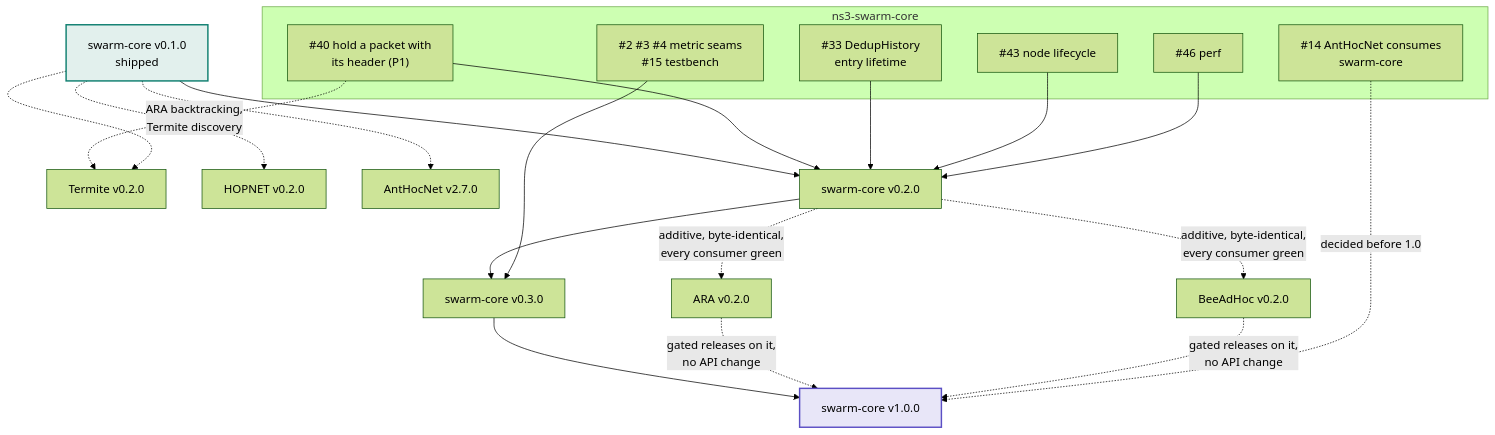
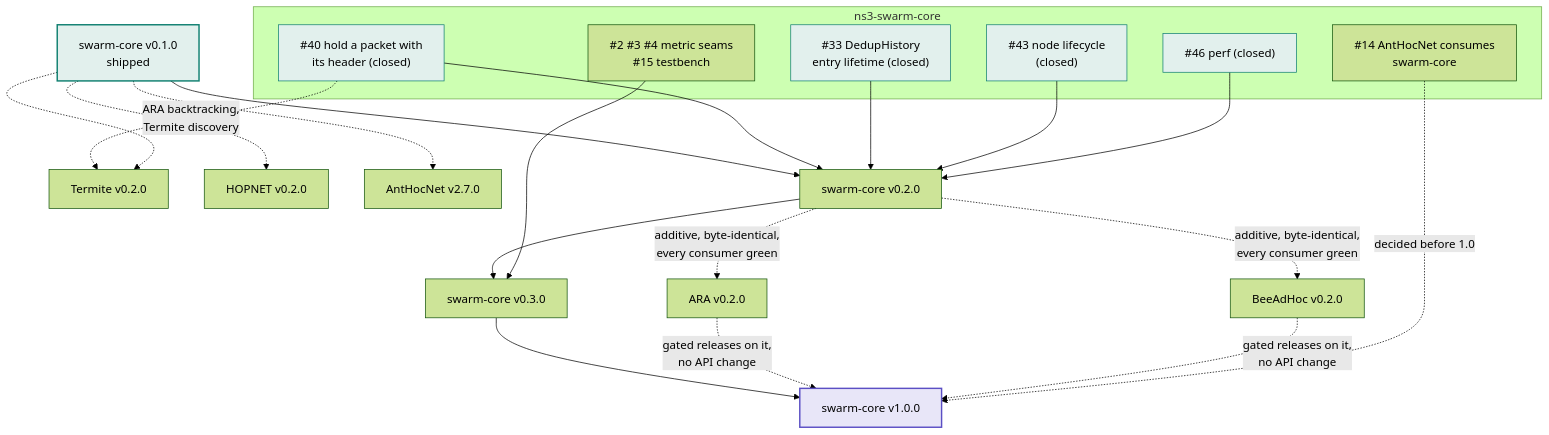
The second of 2 diagrams in docs/roadmap.md (swarm-routing/ns3-swarm-core), drawn with Mermaid (forest theme) before and after one commit. The commit also changed other lines of this file and 2 other files, not shown here.

First line of the commit message:
docs: roadmap, context and readme at the state of main (v0.2.0's four issues are closed)

````diff
--- a/docs/roadmap.md
+++ b/docs/roadmap.md
@@ -67,32 +69,36 @@
 ```mermaid
 flowchart TB
     subgraph SC["ns3-swarm-core"]
-        I40["#40 hold a packet with<br/>its header (P1)"]
-        I33["#33 DedupHistory<br/>entry lifetime"]
-        I43["#43 node lifecycle"]
-        I46["#46 perf"]
+        I40["#40 hold a packet with<br/>its header (closed)"]
+        I33["#33 DedupHistory<br/>entry lifetime (closed)"]
+        I43["#43 node lifecycle<br/>(closed)"]
+        I46["#46 perf (closed)"]
         MET["#2 #3 #4 metric seams<br/>#15 testbench"]
         I14["#14 AntHocNet consumes<br/>swarm-core"]
     end
 
     ARA["ARA v0.2.0"]
     BEE["BeeAdHoc v0.2.0"]
     TER["Termite v0.2.0"]
     HOP["HOPNET v0.2.0"]
     AHN["AntHocNet v2.7.0"]
 
     V01["swarm-core v0.1.0<br/>shipped"] --> V02["swarm-core v0.2.0"]
     I40 & I33 & I43 & I46 --> V02
     V02 --> V03["swarm-core v0.3.0"]
     MET --> V03
     V03 --> V10["swarm-core v1.0.0"]
     ARA & BEE -.->|"gated releases on it,<br/>no API change"| V10
     I14 -.->|"decided before 1.0"| V10
     V02 -.->|"additive, byte-identical,<br/>every consumer green"| ARA & BEE
     I40 -.->|"ARA backtracking,<br/>Termite discovery"| TER
     V01 -.-> TER & HOP
     V01 -.-> AHN
 
     style V01 fill:#e2f0ed,stroke:#0f7f70,stroke-width:2px
+    style I40 fill:#e2f0ed,stroke:#0f7f70
+    style I33 fill:#e2f0ed,stroke:#0f7f70
+    style I43 fill:#e2f0ed,stroke:#0f7f70
+    style I46 fill:#e2f0ed,stroke:#0f7f70
     style V10 fill:#e8e6f8,stroke:#5b4fc4,stroke-width:2px
 ```
````
